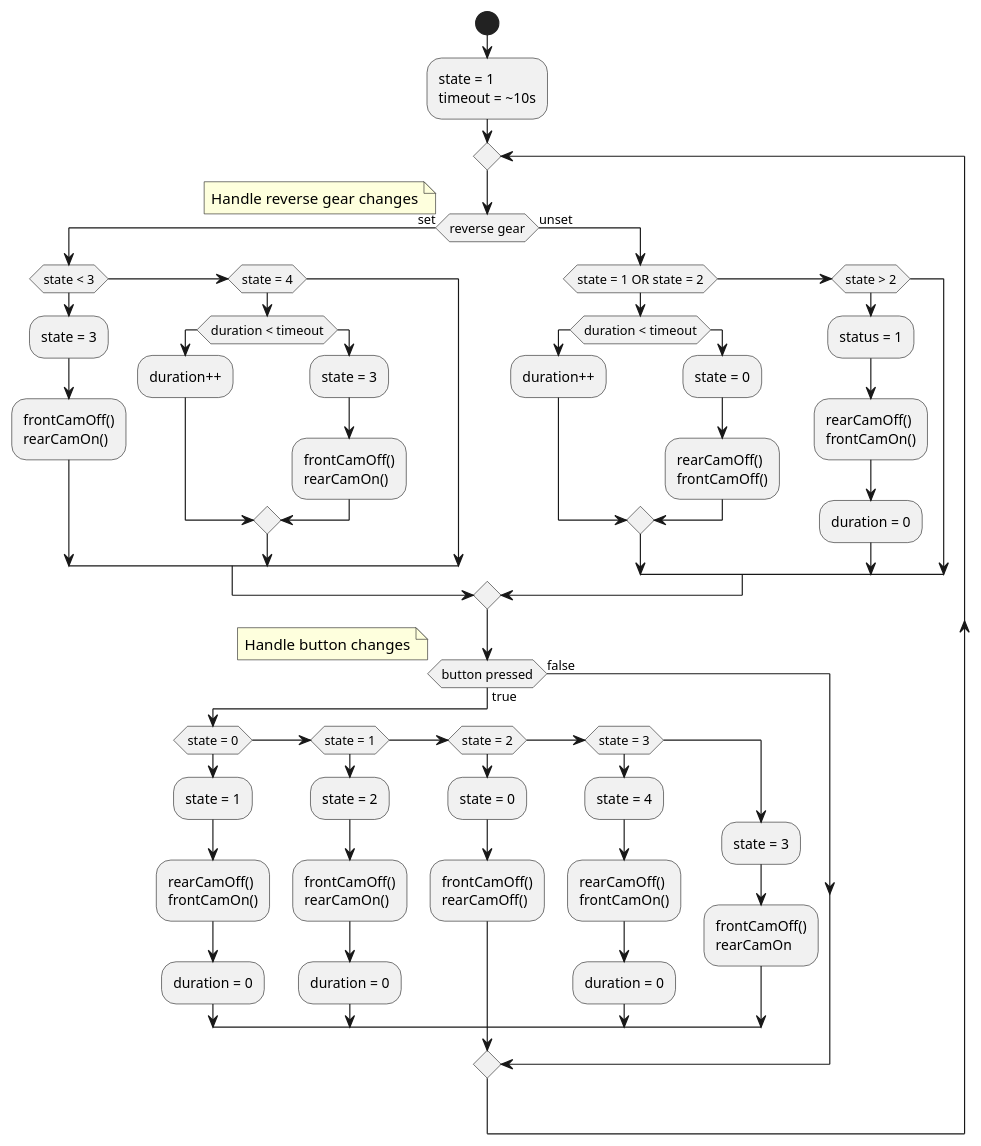
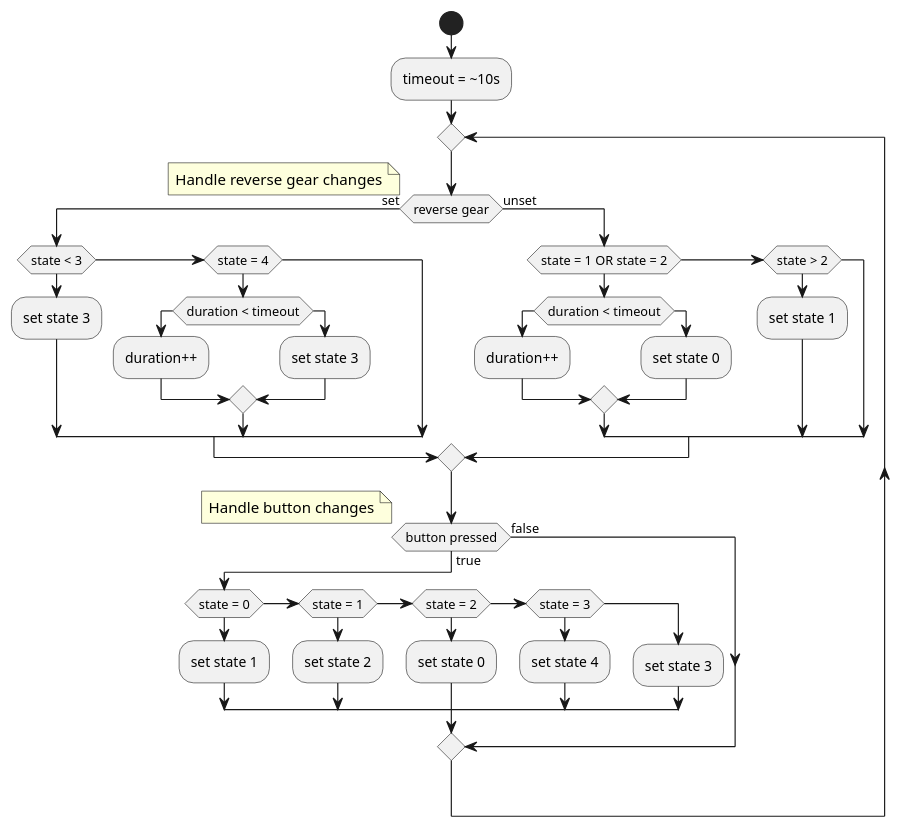
Before and after one commit to markoweb/car-cam: the diagram in uml/activity.puml, drawn with PlantUML. The commit also changed 1 other file, not shown here.

Commit message:
activity diagram update
- simplified by creating procedures for all states

```diff
--- a/uml/activity.puml
+++ b/uml/activity.puml
@@ -1,71 +1,48 @@
 @startuml
 
 start
 
-:state = 1
-timeout = ~10s;
+:timeout = ~10s;
 
 repeat
 
 if (reverse gear) then (set)
 note: Handle reverse gear changes
     if (state < 3) then
-        :state = 3;
-        :frontCamOff()
-        rearCamOn();
+        :set state 3;
     else if (state = 4) then
         if (duration < timeout) then
             :duration++;
         else
-            :state = 3;
-            :frontCamOff()
-            rearCamOn();
+            :set state 3;
         endif;
     else
     endif;
 else (unset)
     if (state = 1 OR state = 2) then
         if (duration < timeout) then
             :duration++;
         else
-            :state = 0;
-            :rearCamOff()
-            frontCamOff();
+            :set state 0;
         endif;
     else if (state > 2) then
-        :status = 1;
-        :rearCamOff()
-        frontCamOn();
-        :duration = 0;
+        :set state 1;
     endif;
 endif;
 
 if (button pressed) then (true)
 note: Handle button changes
     if (state = 0) then
-        :state = 1;
-        :rearCamOff()
-        frontCamOn();
-        :duration = 0;
+        :set state 1;
     else if (state = 1) then
-        :state = 2;
-        :frontCamOff()
-        rearCamOn();
-        :duration = 0;
+        :set state 2;
     else if (state = 2) then
-        :state = 0;
-        :frontCamOff()
-        rearCamOff();
-    else if (state = 3)
-        :state = 4;
-        :rearCamOff()
-        frontCamOn();
-        :duration = 0;
+        :set state 0;
+    else if (state = 3) then
+        :set state 4;
     else
-        :state = 3;
-        :frontCamOff()
-        rearCamOn;
+        :set state 3;
     endif
 else (false)
 endif
 @enduml
```
